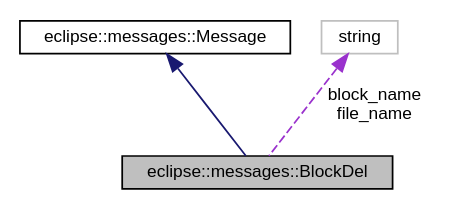
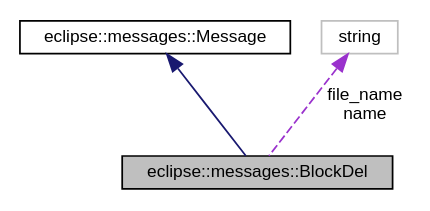
One commit to DICL/VeloxDFS changed the diagram in structeclipse_1_1messages_1_1BlockDel__coll__graph.dot. Above: the diagram before and after it, drawn with Graphviz. The commit also changed 156 other files, not shown here.

```diff
--- a/structeclipse_1_1messages_1_1BlockDel__coll__graph.dot
+++ b/structeclipse_1_1messages_1_1BlockDel__coll__graph.dot
@@ -1,10 +1,10 @@
 digraph G
 {
   edge [fontname="Helvetica",fontsize="10",labelfontname="Helvetica",labelfontsize="10"];
   node [fontname="Helvetica",fontsize="10",shape=record];
   Node1 [label="eclipse::messages::BlockDel",height=0.2,width=0.4,color="black", fillcolor="grey75", style="filled" fontcolor="black"];
   Node2 -> Node1 [dir="back",color="midnightblue",fontsize="10",style="solid",fontname="Helvetica"];
   Node2 [label="eclipse::messages::Message",height=0.2,width=0.4,color="black", fillcolor="white", style="filled",URL="$structeclipse_1_1messages_1_1Message.html"];
-  Node3 -> Node1 [dir="back",color="darkorchid3",fontsize="10",style="dashed",label=" block_name\nfile_name" ,fontname="Helvetica"];
+  Node3 -> Node1 [dir="back",color="darkorchid3",fontsize="10",style="dashed",label=" file_name\nname" ,fontname="Helvetica"];
   Node3 [label="string",height=0.2,width=0.4,color="grey75", fillcolor="white", style="filled"];
 }
```
